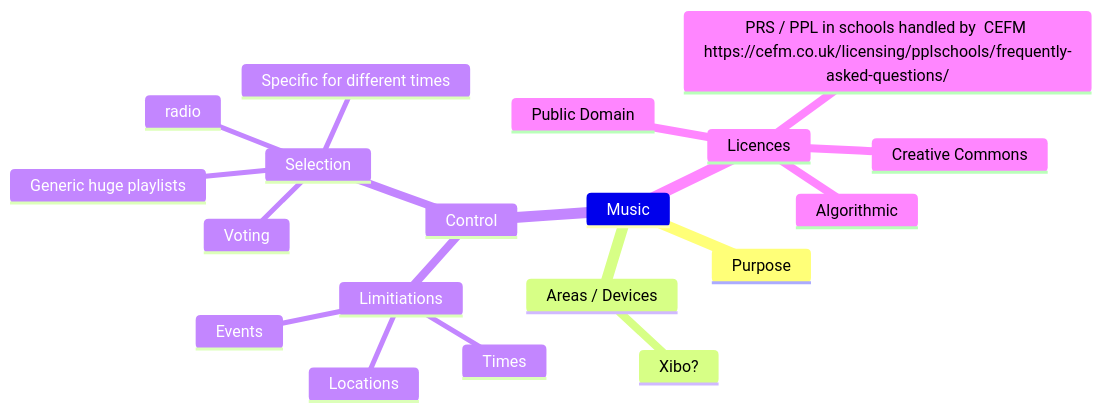
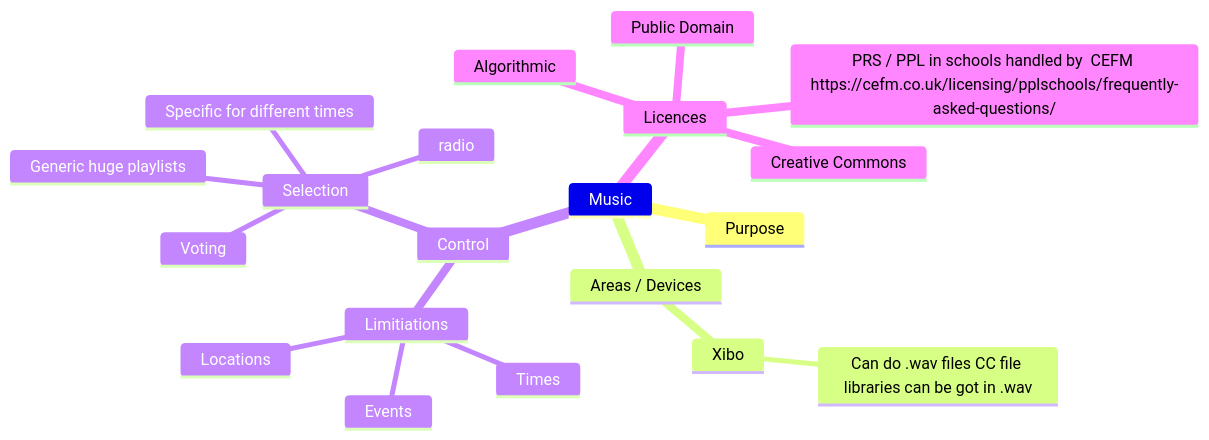
One commit to mr-eggleton/obsidian-notes changed the diagram in Joy/Music.md. Above: the diagram before and after it, drawn with Mermaid. The commit also changed other lines of this file, not shown here.

Commit message:
vault backup: 2025-03-19 15:34:23

````diff
--- a/Joy/Music.md
+++ b/Joy/Music.md
@@ -2,23 +2,24 @@
 ```mermaid
 mindmap
 	Music
 		Purpose
 		Areas / Devices
-			Xibo?
+			Xibo
+				Can do .wav files CC file libraries can be got in .wav
 		Control
 			Limitiations
 				Times
 				Locations
 				Events
 			Selection
 				Voting
 				Generic huge playlists
 				Specific for different times
 				radio
 		Licences
 			PRS / PPL in schools handled by  CEFM https://cefm.co.uk/licensing/pplschools/frequently-asked-questions/
 			Public Domain
 			Creative Commons
 			Algorithmic
 
 ```
````
